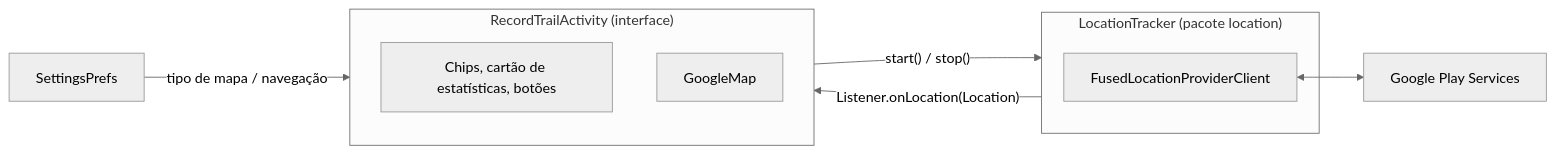
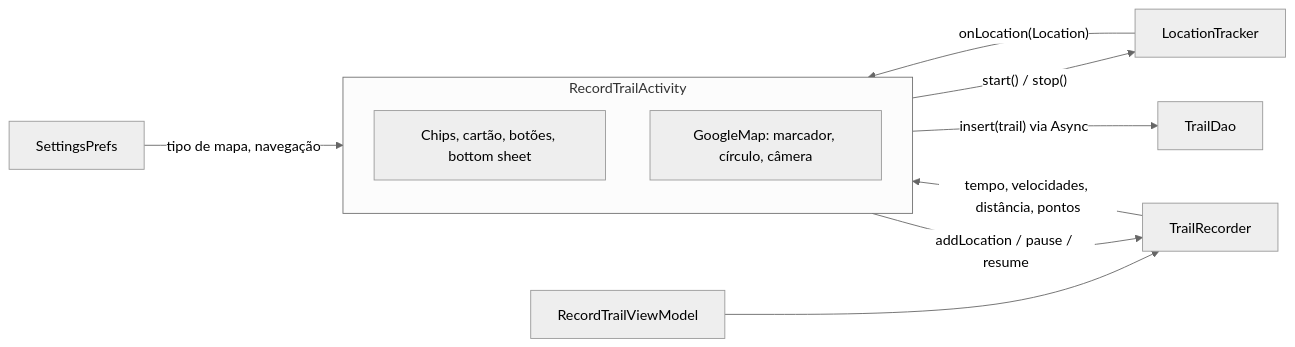
Before and after one commit to ReynanFC/Sistema-Gerenciador-de-Trilha---Mobile: the first of 7 diagrams in docs/registrar-trilha.md, drawn with Mermaid (neutral theme). The commit also changed other lines of this file and 6 other files, not shown here.

First line of the commit message:
docs: README, architecture, per-screen flows and defense guide (#43)

````diff
--- a/docs/registrar-trilha.md
+++ b/docs/registrar-trilha.md
@@ -33,17 +37,14 @@
 ```mermaid
 flowchart LR
-    subgraph Tela["RecordTrailActivity (interface)"]
-        UI["Chips, cartão de estatísticas, botões"]
-        MAP["GoogleMap"]
+    subgraph Tela["RecordTrailActivity"]
+        UI["Chips, cartão, botões, bottom sheet"]
+        MAP["GoogleMap: marcador, círculo, câmera"]
     end
-    subgraph GPS["LocationTracker (pacote location)"]
-        FUSED["FusedLocationProviderClient"]
-    end
-    PREFS["SettingsPrefs"]
-    PS["Google Play Services"]
-
-    PREFS -- "tipo de mapa / navegação" --> Tela
-    Tela -- "start() / stop()" --> GPS
-    GPS -- "Listener.onLocation(Location)" --> Tela
-    FUSED <--> PS
+    VM["RecordTrailViewModel"] --> TR["TrailRecorder"]
+    LT["LocationTracker"] -->|"onLocation(Location)"| Tela
+    Tela -->|"start() / stop()"| LT
+    Tela -->|"addLocation / pause / resume"| TR
+    TR -->|"tempo, velocidades, distância, pontos"| Tela
+    Tela -->|"insert(trail) via Async"| DAO["TrailDao"]
+    PREFS["SettingsPrefs"] -->|"tipo de mapa, navegação"| Tela
 ```
````
